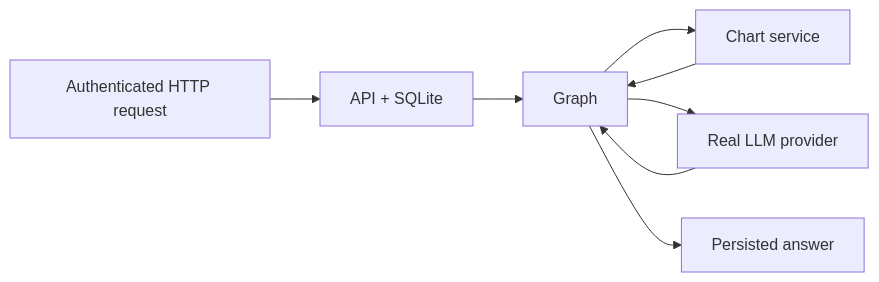
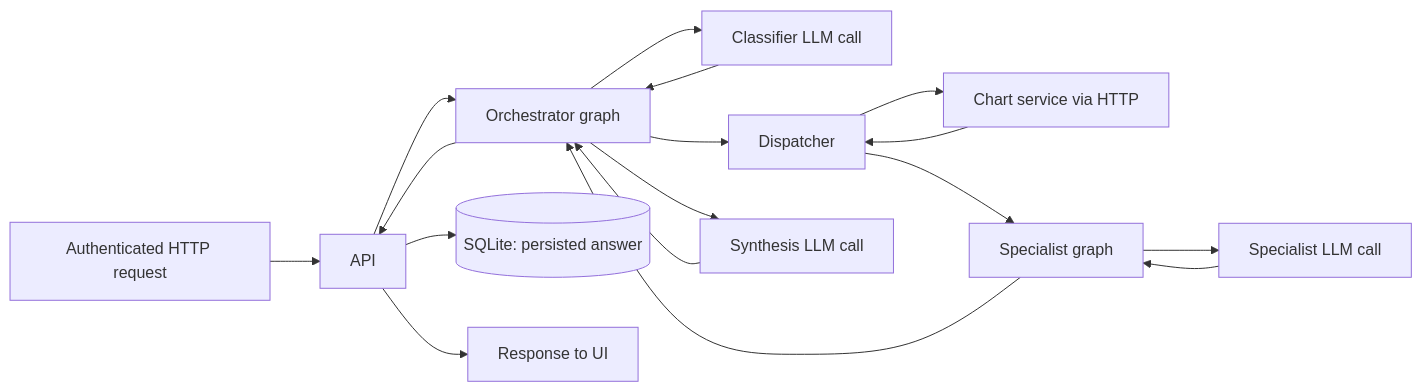
The third of 3 diagrams in docs/book/09-testing-and-operations.md (chamanthmvs/AstroWeave), drawn with Mermaid before and after one commit. The commit also changed other lines of this file and 10 other files, not shown here.

````diff
--- a/docs/book/09-testing-and-operations.md
+++ b/docs/book/09-testing-and-operations.md
@@ -153,10 +153,19 @@
 ```mermaid
 flowchart LR
-    U[Authenticated HTTP request] --> A[API + SQLite]
-    A --> O[Graph]
-    O --> C[Chart service]
-    O --> L[Real LLM provider]
-    C --> O
-    L --> O
-    O --> D[Persisted answer]
+    U["Authenticated HTTP request"] --> A["API"]
+    A --> O["Orchestrator graph"]
+    O --> CL["Classifier LLM call"]
+    CL --> O
+    O --> D["Dispatcher"]
+    D --> C["Chart service via HTTP"]
+    C --> D
+    D --> S["Specialist graph"]
+    S --> SL["Specialist LLM call"]
+    SL --> S
+    S --> O
+    O --> SY["Synthesis LLM call"]
+    SY --> O
+    O --> A
+    A --> DB[("SQLite: persisted answer")]
+    A --> UI["Response to UI"]
 ```
````
